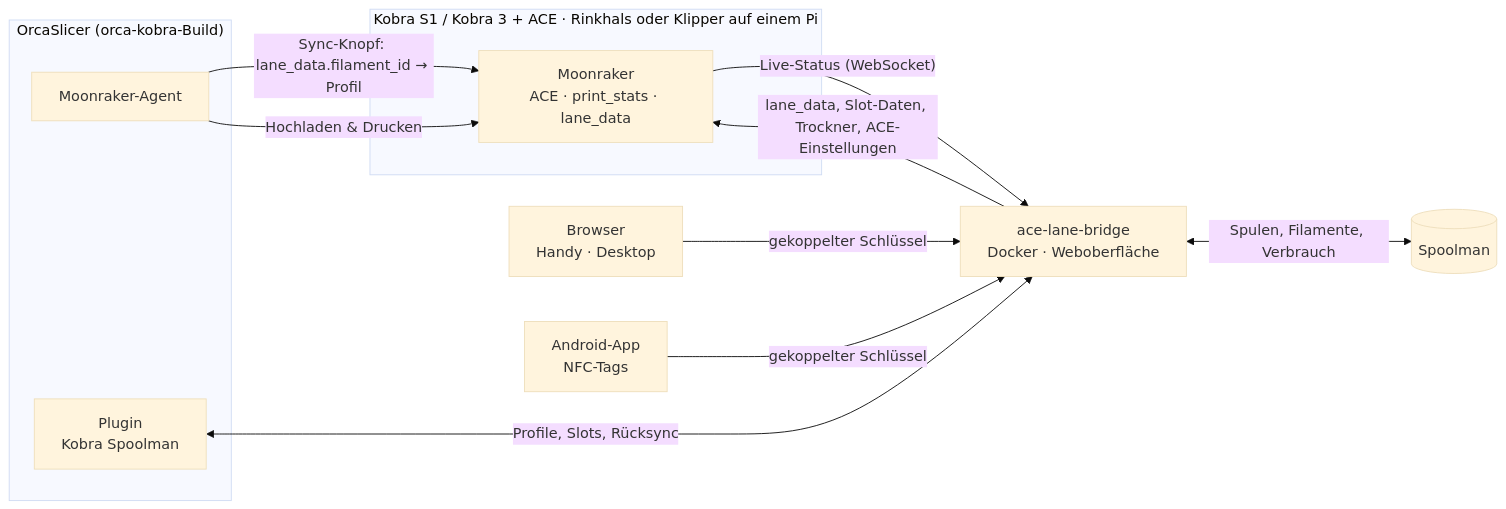
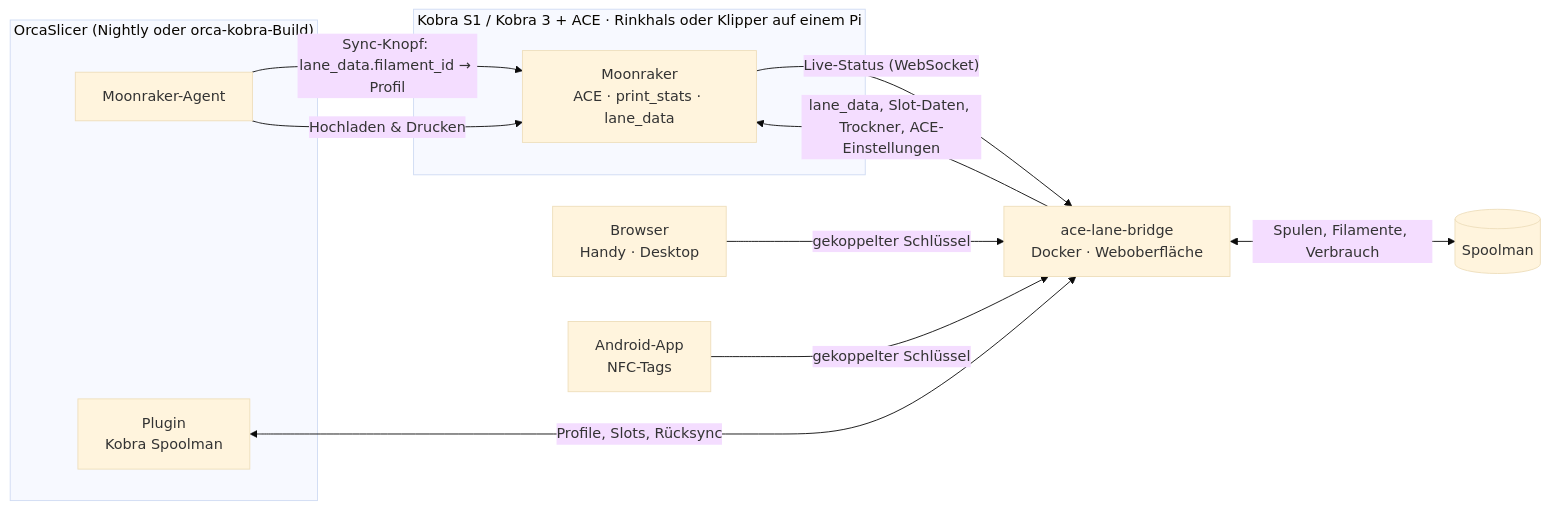
The diagram in README.de.md (xNoVoSx/kobra-spoolman), drawn with Mermaid (base theme) before and after one commit. The commit also changed other lines of this file and 23 other files, not shown here.

````diff
--- a/README.de.md
+++ b/README.de.md
@@ -79,23 +84,23 @@
 ```mermaid
 flowchart LR
     subgraph Printer["Kobra S1 / Kobra 3 + ACE · Rinkhals oder Klipper auf einem Pi"]
         MR[Moonraker<br/>ACE · print_stats · lane_data]
     end
     SM[(Spoolman)]
     BR[ace-lane-bridge<br/>Docker · Weboberfläche]
-    subgraph PC["OrcaSlicer (orca-kobra-Build)"]
+    subgraph PC["OrcaSlicer (Nightly oder orca-kobra-Build)"]
         AG[Moonraker-Agent]
         PL[Plugin<br/>Kobra Spoolman]
     end
     Web[Browser<br/>Handy · Desktop]
     App[Android-App<br/>NFC-Tags]
 
     MR -- "Live-Status (WebSocket)" --> BR
     BR -- "lane_data, Slot-Daten, Trockner, ACE-Einstellungen" --> MR
     BR <-->|"Spulen, Filamente, Verbrauch"| SM
     Web -- "gekoppelter Schlüssel" --> BR
     App -- "gekoppelter Schlüssel" --> BR
     PL <-->|"Profile, Slots, Rücksync"| BR
     AG -- "Sync-Knopf: lane_data.filament_id → Profil" --> MR
     AG -- "Hochladen & Drucken" --> MR
 ```
````
